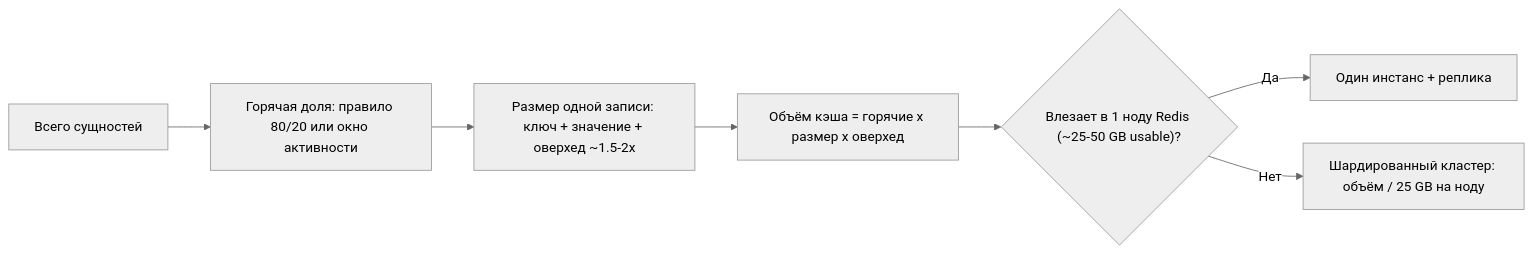
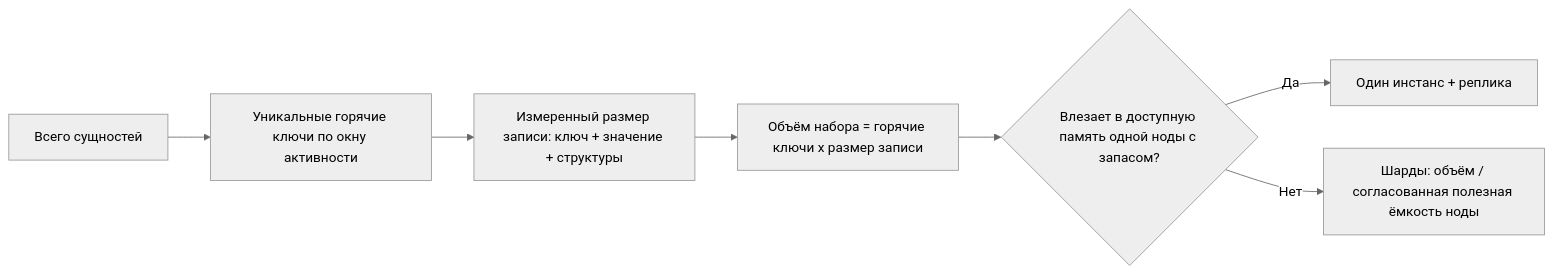
Before and after one commit to AlohaJava/system-design-interview-chamkin: the third of 3 diagrams in 00-how-to-pass/estimation.md, drawn with Mermaid (neutral theme). The commit also changed other lines of this file and 49 other files, not shown here.

````diff
--- a/00-how-to-pass/estimation.md
+++ b/00-how-to-pass/estimation.md
@@ -315,9 +353,9 @@
 ```mermaid
 flowchart LR
-    A["Всего сущностей"] --> B["Горячая доля: правило 80/20 или окно активности"]
-    B --> C["Размер одной записи: ключ + значение + оверхед ~1.5-2x"]
-    C --> D["Объём кэша = горячие x размер x оверхед"]
-    D --> E{"Влезает в 1 ноду Redis (~25-50 GB usable)?"}
+    A["Всего сущностей"] --> B["Уникальные горячие ключи по окну активности"]
+    B --> C["Измеренный размер записи: ключ + значение + структуры"]
+    C --> D["Объём набора = горячие ключи x размер записи"]
+    D --> E{"Влезает в доступную память одной ноды с запасом?"}
     E -->|"Да"| F["Один инстанс + реплика"]
-    E -->|"Нет"| G["Шардированный кластер: объём / 25 GB на ноду"]
+    E -->|"Нет"| G["Шарды: объём / согласованная полезная ёмкость ноды"]
 ```
````
